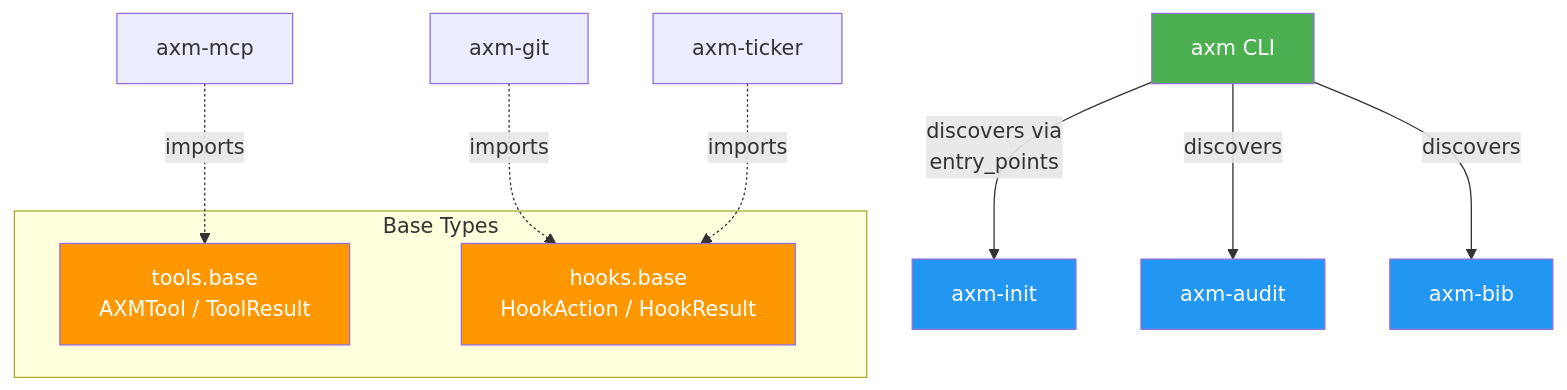
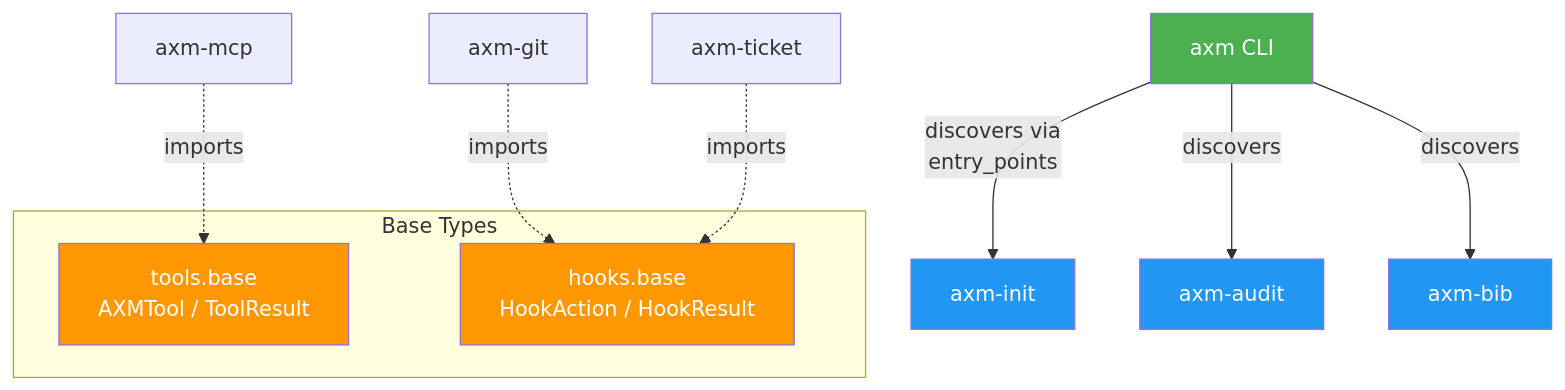
The diagram in docs/explanation/architecture.md (axm-protocols/axm-forge), drawn with Mermaid before and after one commit. The commit also changed 2 other files, not shown here.

Commit message:
docs(axm): fix stale axm-bib CLI command and package name typo
- reference/cli.md, tutorials/getting-started.md: replace non-existent `axm-bib doi` command with the real `axm-bib resolve` subcommand (axm_bib.cli exposes search/digest/resolve/pdf/graph/extract, no `doi`).
- explanation/architecture.md: fix mermaid node `axm-ticker` -> `axm-ticket` (real package name).

````diff
--- a/docs/explanation/architecture.md
+++ b/docs/explanation/architecture.md
@@ -7,22 +7,22 @@
 ```mermaid
 graph TD
     AXM["axm CLI"] -->|"discovers via<br>entry_points"| INIT["axm-init"]
     AXM -->|"discovers"| AUDIT["axm-audit"]
     AXM -->|"discovers"| BIB["axm-bib"]
 
     subgraph "Base Types"
         TBase["tools.base<br>AXMTool / ToolResult"]
         HBase["hooks.base<br>HookAction / HookResult"]
     end
 
     GIT["axm-git"] -.->|"imports"| HBase
-    TICKER["axm-ticker"] -.->|"imports"| HBase
+    TICKET["axm-ticket"] -.->|"imports"| HBase
     MCP["axm-mcp"] -.->|"imports"| TBase
 
     style AXM fill:#4CAF50,color:#fff
     style INIT fill:#2196F3,color:#fff
     style AUDIT fill:#2196F3,color:#fff
     style BIB fill:#2196F3,color:#fff
     style TBase fill:#FF9800,color:#fff
     style HBase fill:#FF9800,color:#fff
 ```
````
